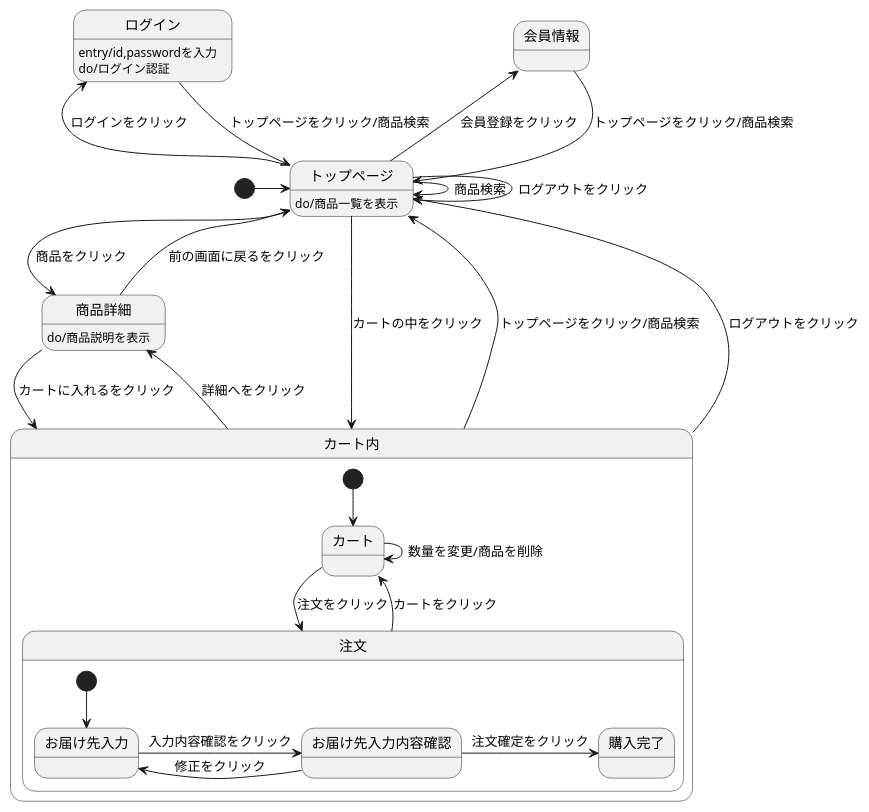
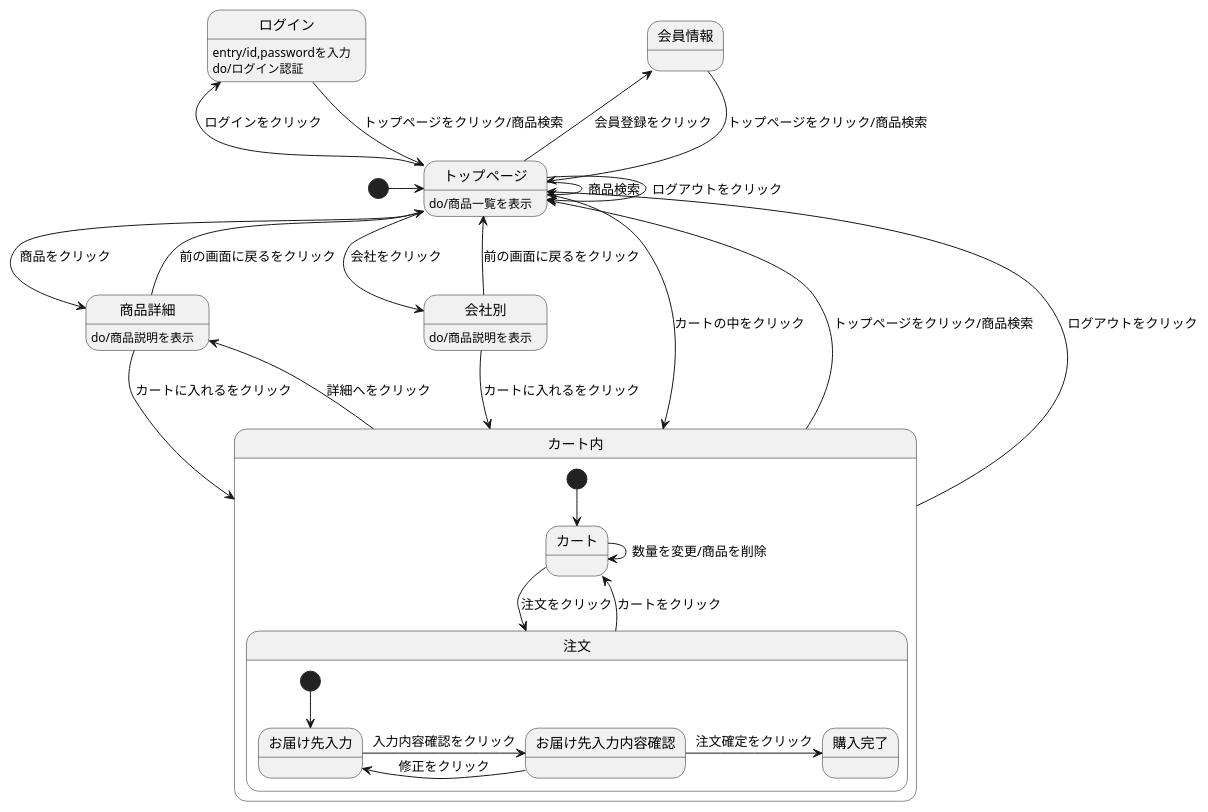
The diagram in myHP/第１２回画面遷移/画面遷移.md (Aso2001403/2021sys-design), drawn with PlantUML before and after one commit.

````diff
--- a/myHP/第１２回画面遷移/画面遷移.md
+++ b/myHP/第１２回画面遷移/画面遷移.md
@@ -1,35 +1,39 @@
 ```uml
 @startuml
 [*] -> トップページ
 会員情報 --> トップページ : トップページをクリック/商品検索
 ログイン --> トップページ : トップページをクリック/商品検索
 ログイン : entry/id,passwordを入力
 ログイン : do/ログイン認証
 トップページ --> トップページ : ログアウトをクリック
 トップページ -> トップページ : 商品検索
 トップページ -> 商品詳細 : 商品をクリック
+トップページ -> 会社別 : 会社をクリック
 トップページ -left-> 会員情報 : 会員登録をクリック
 トップページ -left-> ログイン : ログインをクリック
 トップページ --> カート内 : カートの中をクリック
 トップページ : do/商品一覧を表示
 商品詳細 --> カート内 : カートに入れるをクリック
 商品詳細 --> トップページ : 前の画面に戻るをクリック
 商品詳細 : do/商品説明を表示
+会社別 --> カート内 : カートに入れるをクリック
+会社別 --> トップページ : 前の画面に戻るをクリック
+会社別 : do/商品説明を表示
 カート内 -up-> トップページ : トップページをクリック/商品検索
 カート内 -up-> トップページ : ログアウトをクリック
 カート内 -> 商品詳細 : 詳細へをクリック
 
 state カート内 {
   [*] --> カート
   カート -> 注文 : 注文をクリック
   カート -> カート : 数量を変更/商品を削除
   注文 --> カート : カートをクリック
   state 注文 {
     [*] --> お届け先入力
     お届け先入力 -> お届け先入力内容確認 : 入力内容確認をクリック
     お届け先入力内容確認 -> お届け先入力 : 修正をクリック
     お届け先入力内容確認 -> 購入完了 : 注文確定をクリック
   }
 
 @enduml
 ```
````
